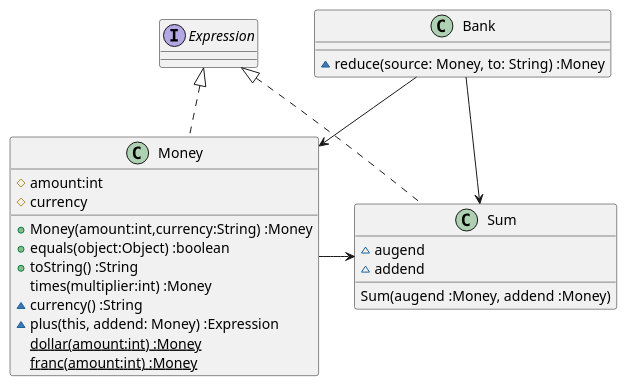
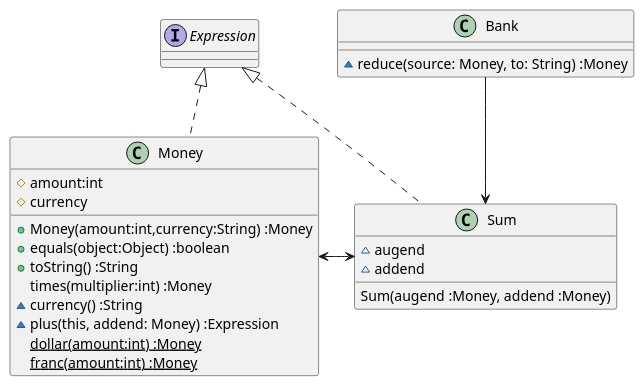
Before and after one commit to k2works/etude_for_java: the first of 2 diagrams in docs/src/TDD.md, drawn with PlantUML. The commit also changed other lines of this file and 5 other files, not shown here.

````diff
--- a/docs/src/TDD.md
+++ b/docs/src/TDD.md
@@ -48,28 +48,27 @@
 ```puml
 class Money {
   #amount:int
   #currency  
   +Money(amount:int,currency:String) :Money
   +equals(object:Object) :boolean  
   +toString() :String
   times(multiplier:int) :Money
   ~currency() :String
   ~plus(this, addend: Money) :Expression
   {static} dollar(amount:int) :Money
   {static} franc(amount:int) :Money  
 }
 interface Expression
 class Bank {
   ~reduce(source: Money, to: String) :Money
 }
 class Sum {
   ~augend
   ~addend
   Sum(augend :Money, addend :Money)
 }
 Expression <|.. Money
 Expression <|.. Sum
-Money -> Sum
-Bank --> Money
+Money <-> Sum
 Bank --> Sum
 ```
````
